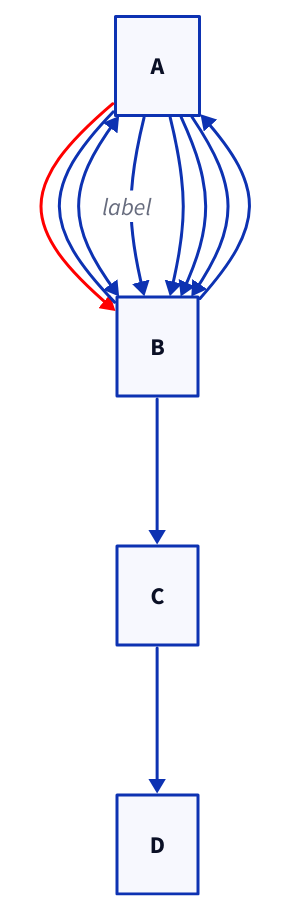
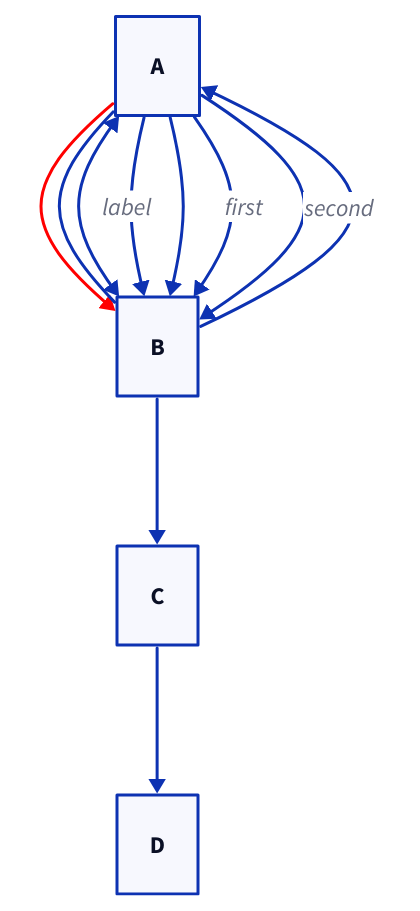
One commit to ItsJooL/d2-mcp changed the second of 29 diagrams in skills/d2/SKILL.md. Above: the diagram before and after it, drawn with D2. The commit also changed other lines of this file and 7 other files, not shown here.

````diff
--- a/skills/d2/SKILL.md
+++ b/skills/d2/SKILL.md
@@ -45,18 +134,18 @@
 ```d2
-A -> B          # directed arrow
-A <- B          # reverse
-A -- B          # undirected line
-A <-> B         # bidirectional
+A -> B            # directed arrow
+A <- B            # reverse
+A -- B            # undirected line
+A <-> B           # bidirectional
 
-A -> B: label   # with label
+A -> B: label     # with label
 
 # Chaining
 A -> B -> C -> D
 
-# Multiple connections (creates separate arrows, not override)
-A -> B
-A -> B          # second distinct arrow
+# Multiple connections (creates SEPARATE arrows — D2 never merges them)
+A -> B: "first"
+A -> B: "second"   # distinct second arrow, not an override
 
-# Referencing a specific connection (0-indexed)
+# Reference a specific connection (0-indexed) to style it
 (A -> B)[0].style.stroke: red
 ```
````
